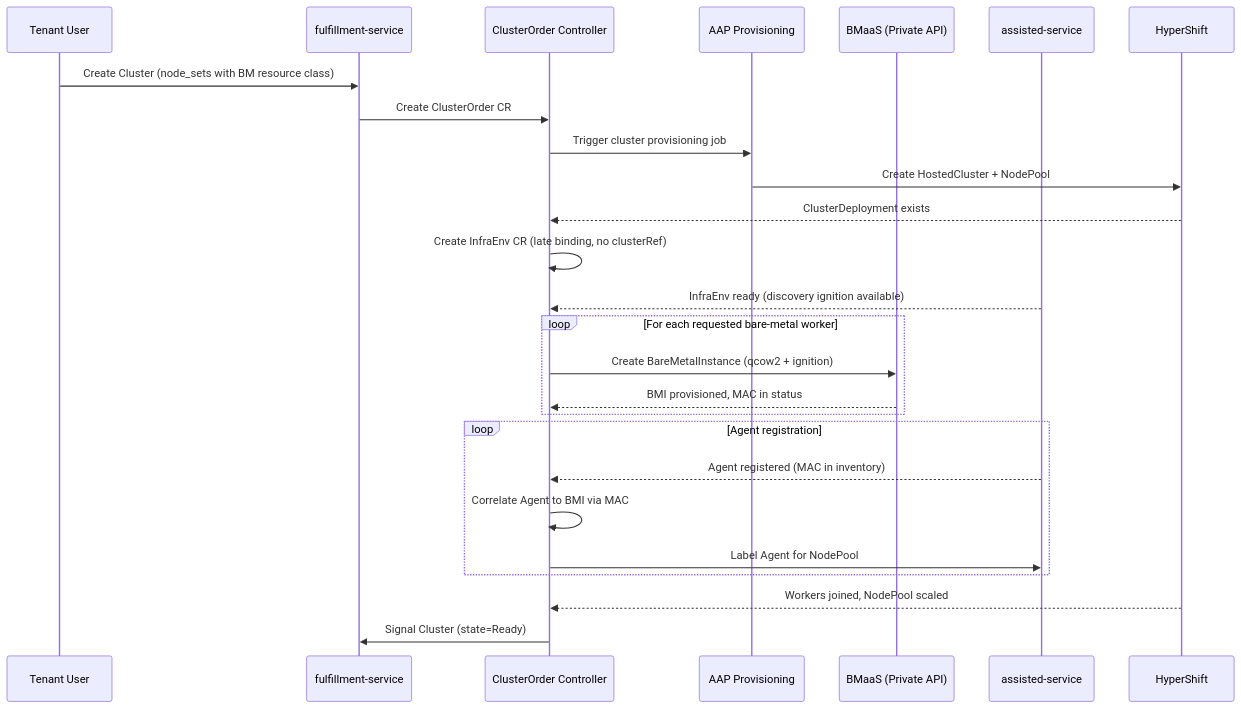
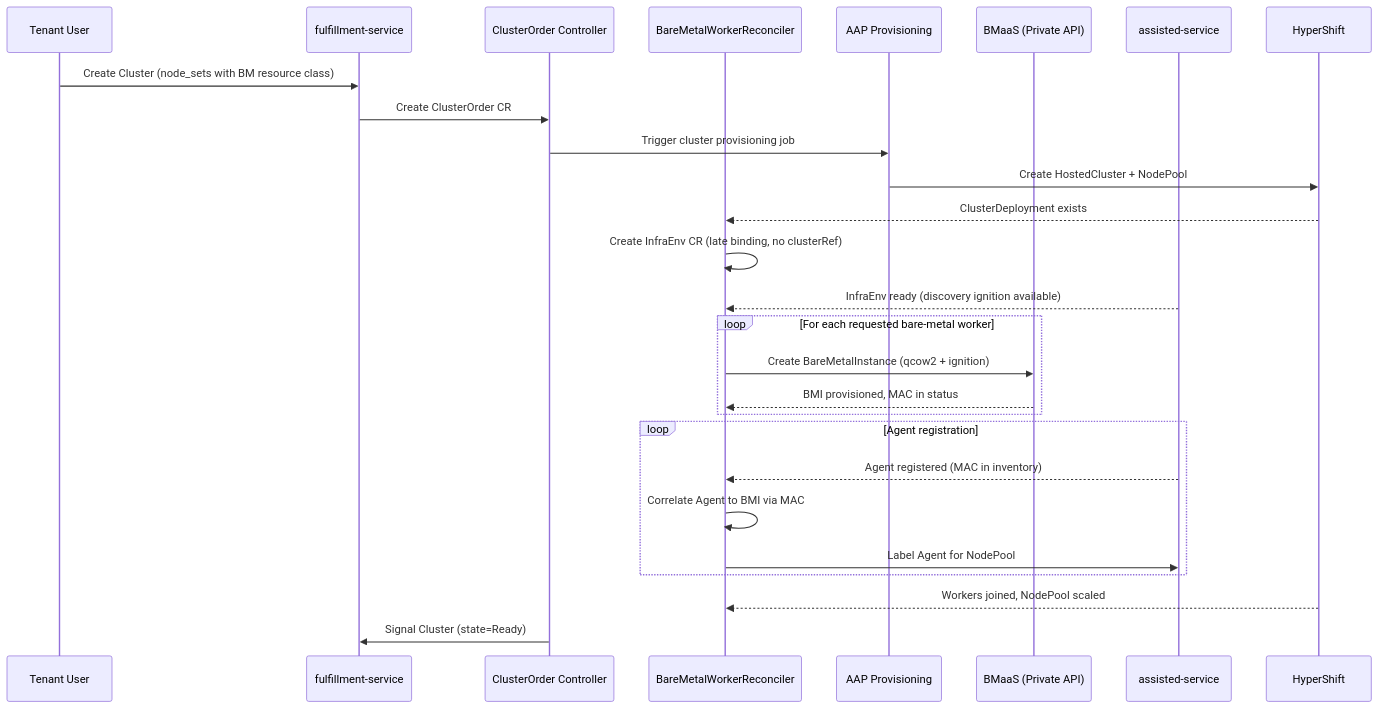
One commit to osac-project/enhancement-proposals changed the first of 2 diagrams in enhancements/OSAC-2135-caas-bare-metal-worker-provisioning/design.md. Above: the diagram before and after it, drawn with Mermaid. The commit also changed other lines of this file, not shown here.

First line of the commit message:
OSAC-2135: redesign ClusterNodeSet, add user flow, networking and consistency fixes

````diff
--- a/enhancements/OSAC-2135-caas-bare-metal-worker-provisioning/design.md
+++ b/enhancements/OSAC-2135-caas-bare-metal-worker-provisioning/design.md
@@ -77,34 +176,35 @@
 ```mermaid
 sequenceDiagram
     participant T as Tenant User
     participant FS as fulfillment-service
     participant CO as ClusterOrder Controller
+    participant BMW as BareMetalWorkerReconciler
     participant AAP as AAP Provisioning
     participant BMaaS as BMaaS (Private API)
     participant AS as assisted-service
     participant HCP as HyperShift
 
     T->>FS: Create Cluster (node_sets with BM resource class)
     FS->>CO: Create ClusterOrder CR
 
     CO->>AAP: Trigger cluster provisioning job
     AAP->>HCP: Create HostedCluster + NodePool
-    HCP-->>CO: ClusterDeployment exists
+    HCP-->>BMW: ClusterDeployment exists
 
-    CO->>CO: Create InfraEnv CR (late binding, no clusterRef)
-    AS-->>CO: InfraEnv ready (discovery ignition available)
+    BMW->>BMW: Create InfraEnv CR (late binding, no clusterRef)
+    AS-->>BMW: InfraEnv ready (discovery ignition available)
 
     loop For each requested bare-metal worker
-        CO->>BMaaS: Create BareMetalInstance (qcow2 + ignition)
-        BMaaS-->>CO: BMI provisioned, MAC in status
+        BMW->>BMaaS: Create BareMetalInstance (qcow2 + ignition)
+        BMaaS-->>BMW: BMI provisioned, MAC in status
     end
 
     loop Agent registration
-        AS-->>CO: Agent registered (MAC in inventory)
-        CO->>CO: Correlate Agent to BMI via MAC
-        CO->>AS: Label Agent for NodePool
+        AS-->>BMW: Agent registered (MAC in inventory)
+        BMW->>BMW: Correlate Agent to BMI via MAC
+        BMW->>AS: Label Agent for NodePool
     end
 
-    HCP-->>CO: Workers joined, NodePool scaled
+    HCP-->>BMW: Workers joined, NodePool scaled
     CO->>FS: Signal Cluster (state=Ready)
 ```
````
